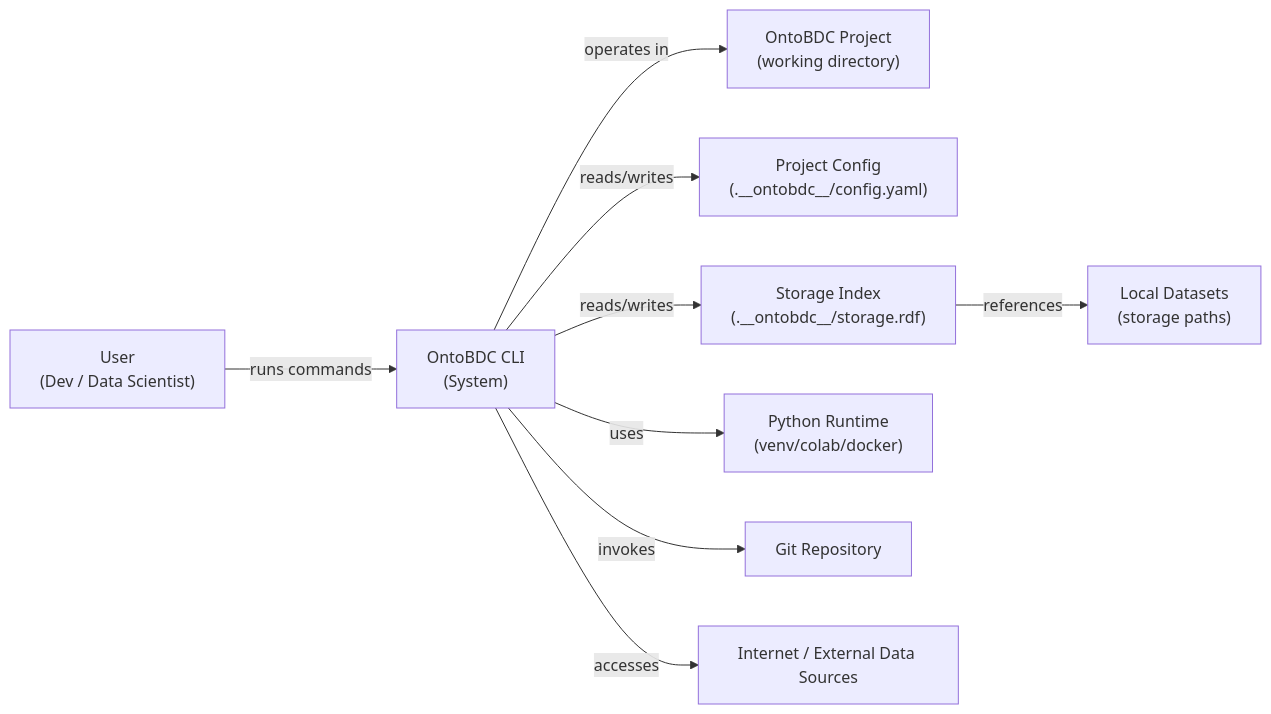
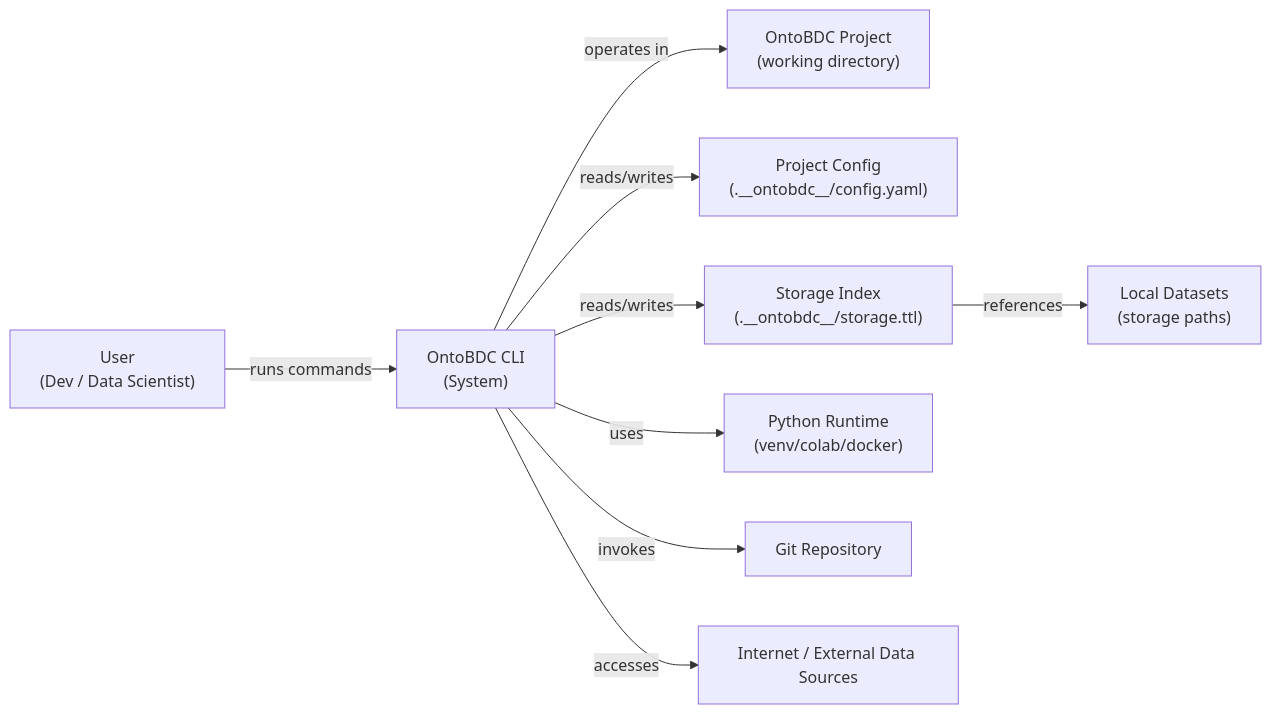
One commit to OntoBDC/ontobdc-docs changed the first of 2 diagrams in README.md. Above: the diagram before and after it, drawn with Mermaid. The commit also changed other lines of this file and 8 other files, not shown here.

````diff
--- a/README.md
+++ b/README.md
@@ -58,23 +58,23 @@
 ```mermaid
 flowchart LR
   User["User<br/>(Dev / Data Scientist)"]
   System["OntoBDC CLI<br/>(System)"]
 
   Project["OntoBDC Project<br/>(working directory)"]
   Config["Project Config<br/>(.__ontobdc__/config.yaml)"]
-  StorageIndex["Storage Index<br/>(.__ontobdc__/storage.rdf)"]
+  StorageIndex["Storage Index<br/>(.__ontobdc__/storage.ttl)"]
   Datasets["Local Datasets<br/>(storage paths)"]
   Python["Python Runtime<br/>(venv/colab/docker)"]
   Git["Git Repository"]
   Internet["Internet / External Data Sources"]
 
   User -->|"runs commands"| System
 
   System -->|"operates in"| Project
   System -->|"uses"| Python
   System -->|"reads/writes"| Config
   System -->|"reads/writes"| StorageIndex
   StorageIndex -->|"references"| Datasets
   System -->|"invokes"| Git
   System -->|"accesses"| Internet
 ```
````
